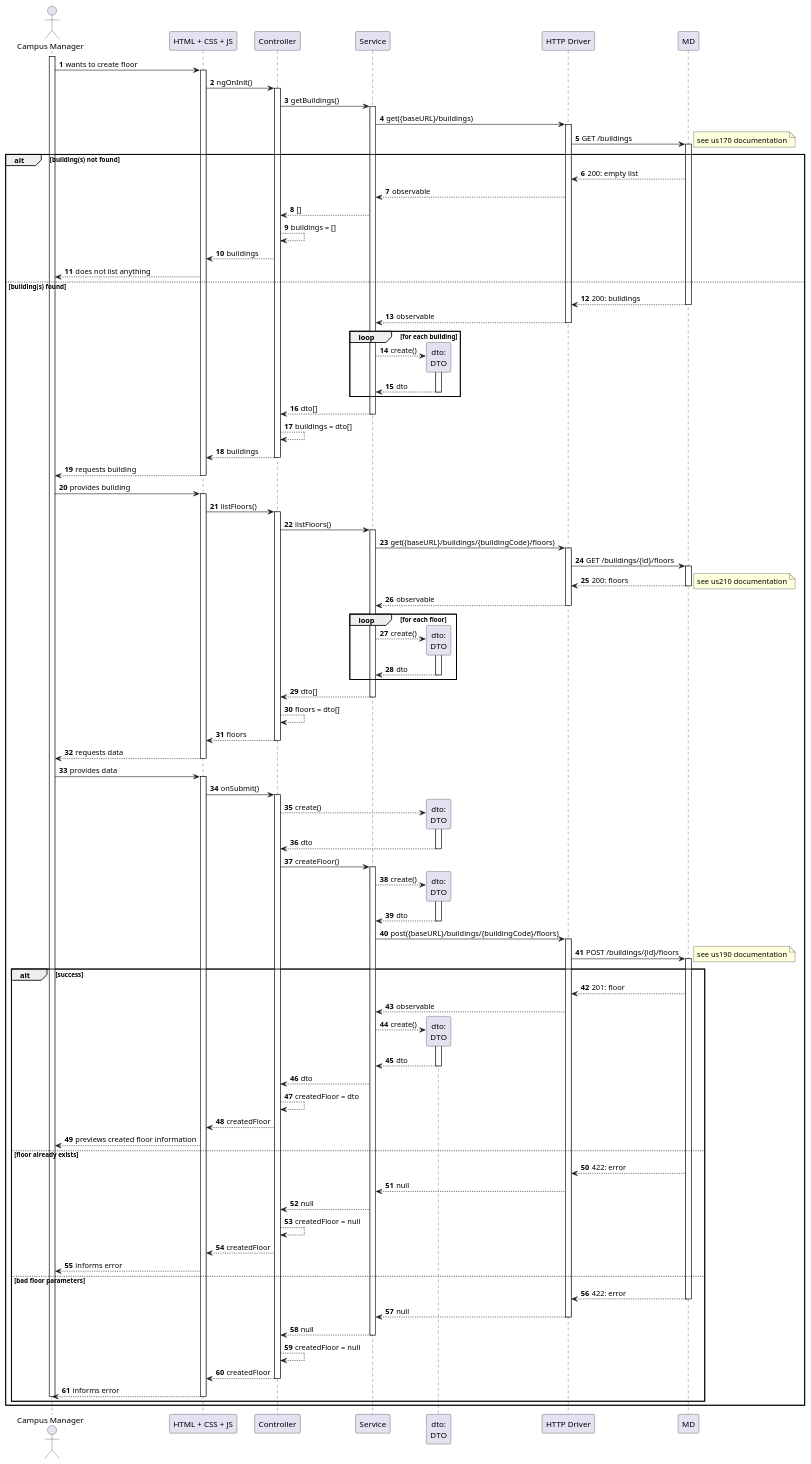
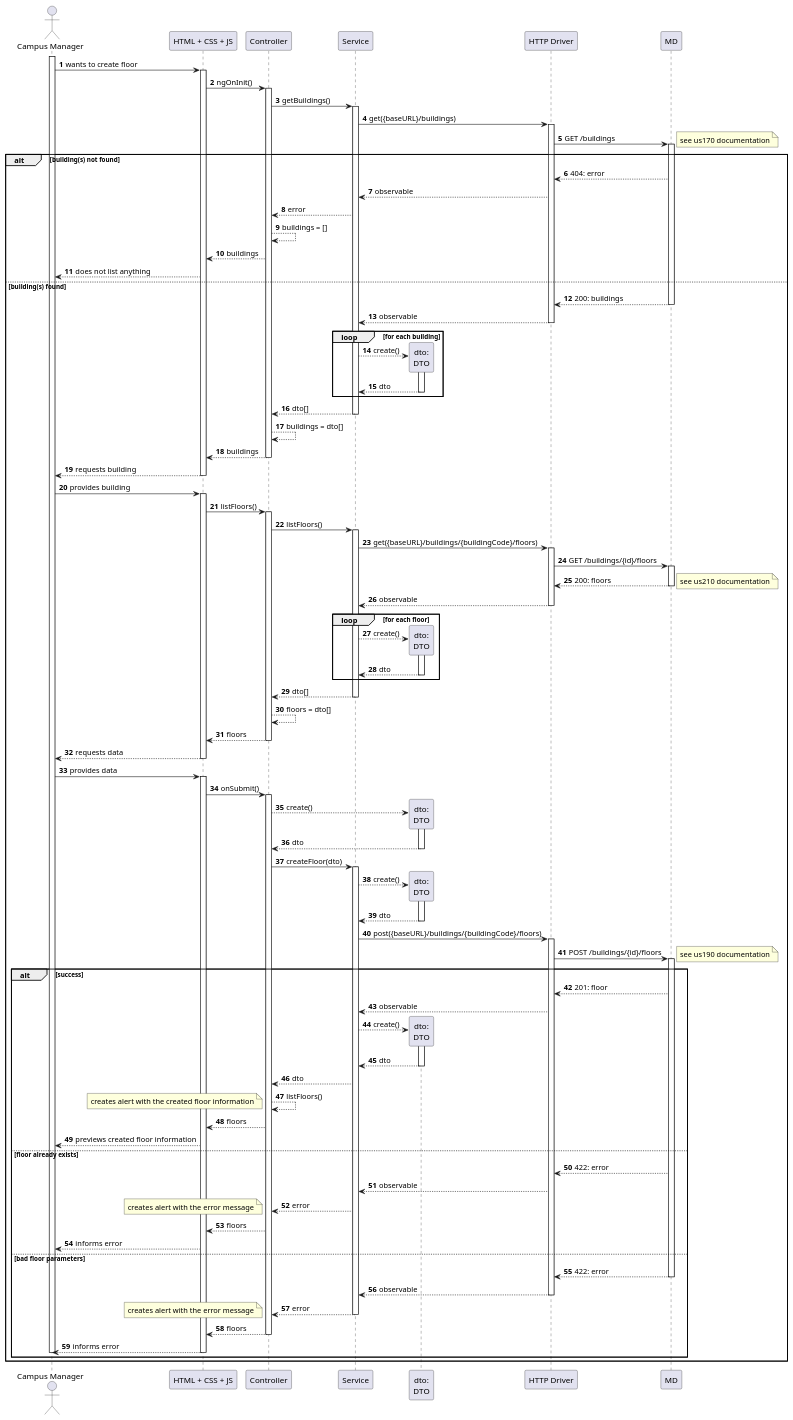
One commit to Departamento-de-Engenharia-Informatica/lapr5-23-24-g19 changed the diagram in docs/us1090/level3/process-view.puml. Above: the diagram before and after it, drawn with PlantUML. The commit also changed 6 other files, not shown here.

```diff
--- a/docs/us1090/level3/process-view.puml
+++ b/docs/us1090/level3/process-view.puml
@@ -1,149 +1,150 @@
 @startuml
 autonumber
 
 actor "Campus Manager" as usr
 
 participant "HTML + CSS + JS" as view
 participant "Controller" as ctrl
 participant "Service" as svc
 participant "dto:\nDTO" as dto
 
 participant "HTTP Driver" as http
 
 participant "MD" as md
 
 activate usr
 usr -> view : wants to create floor
     activate view
         view -> ctrl : ngOnInit()
         activate ctrl
             ctrl -> svc : getBuildings()
             activate svc
                 svc -> http : get({baseURL}/buildings)
                 activate http
                     http -> md : GET /buildings
         alt building(s) not found
             activate md
                 note right : see us170 documentation
-                md --> http : 200: empty list
+                md --> http : 404: error
                 http --> svc : observable
-                svc --> ctrl : []
+                svc --> ctrl : error
                 ctrl --> ctrl : buildings = []
                 ctrl --> view : buildings
                 view --> usr : does not list anything
         else building(s) found
                 md --> http : 200: buildings
             deactivate md
             http --> svc : observable
             deactivate http
 
             loop for each building
                 svc --> dto** : create()
                 activate dto
                     dto --> svc : dto
                 deactivate dto
             end
 
             svc --> ctrl : dto[]
             deactivate svc
 
             ctrl --> ctrl : buildings = dto[]
             ctrl --> view : buildings
             deactivate ctrl
 
             view --> usr : requests building
         deactivate view
 
         usr -> view : provides building
         activate view
             view -> ctrl : listFloors()
             activate ctrl
                 ctrl -> svc : listFloors()
                 activate svc
                     svc -> http : get({baseURL}/buildings/{buildingCode}/floors)
                     activate http
                         http -> md : GET /buildings/{id}/floors
             activate md
                 md --> http : 200: floors
                 note right : see us210 documentation
                 deactivate md
                     http --> svc : observable
                     deactivate http
 
                     loop for each floor
                         svc --> dto** : create()
                         activate dto
                             dto --> svc : dto
                         deactivate dto
                     end
 
                     svc --> ctrl : dto[]
                 deactivate svc
 
                 ctrl --> ctrl : floors = dto[]
                 ctrl --> view : floors
             deactivate ctrl
             view --> usr : requests data
         deactivate view
 
         usr -> view : provides data
         activate view
             view -> ctrl : onSubmit()
             activate ctrl
                 ctrl --> dto** : create()
                 activate dto
                     dto --> ctrl : dto
                 deactivate dto
 
-                ctrl -> svc : createFloor()
+                ctrl -> svc : createFloor(dto)
                 activate svc
                     svc --> dto** : create()
                     activate dto
                         dto --> svc : dto
                     deactivate dto
 
                     svc -> http : post({baseURL}/buildings/{buildingCode}/floors)
                     activate http
                         http -> md : POST /buildings/{id}/floors
             activate md
                 note right : see us190 documentation
                 alt success
                     md --> http : 201: floor
 
                     http --> svc : observable
 
                     svc --> dto** : create()
                     activate dto
                         dto --> svc : dto
                     deactivate dto
 
                     svc --> ctrl : dto
 
-                ctrl --> ctrl : createdFloor = dto
-                ctrl --> view : createdFloor
+                ctrl --> ctrl : listFloors()
+                note bottom : creates alert with the created floor information
+                ctrl --> view : floors
                 view --> usr : previews created floor information
 
                 else floor already exists
                     md --> http : 422: error
-                    http --> svc : null
-                    svc --> ctrl : null
-                    ctrl --> ctrl : createdFloor = null
-                    ctrl --> view : createdFloor
+                    http --> svc : observable
+                    svc --> ctrl : error
+                    note bottom : creates alert with the error message
+                    ctrl --> view : floors
                     view --> usr : informs error
                 else bad floor parameters
                     md --> http : 422: error
                     deactivate md
-                    http --> svc : null
+                    http --> svc : observable
                     deactivate http
-                    svc --> ctrl : null
+                    svc --> ctrl : error
+                    note bottom : creates alert with the error message
                     deactivate svc
-                    ctrl --> ctrl : createdFloor = null
-                    ctrl --> view : createdFloor
+                    ctrl --> view : floors
                     deactivate ctrl
                     view --> usr : informs error
                     deactivate view
 
                     deactivate usr
                 end
             end
 @enduml
```
